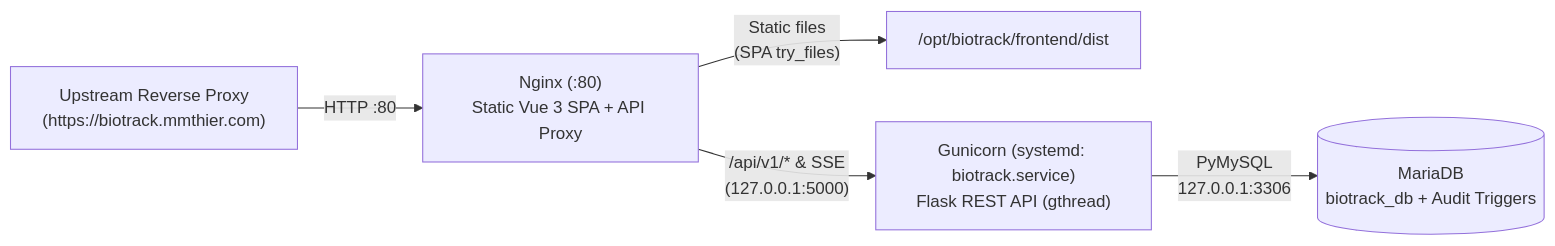
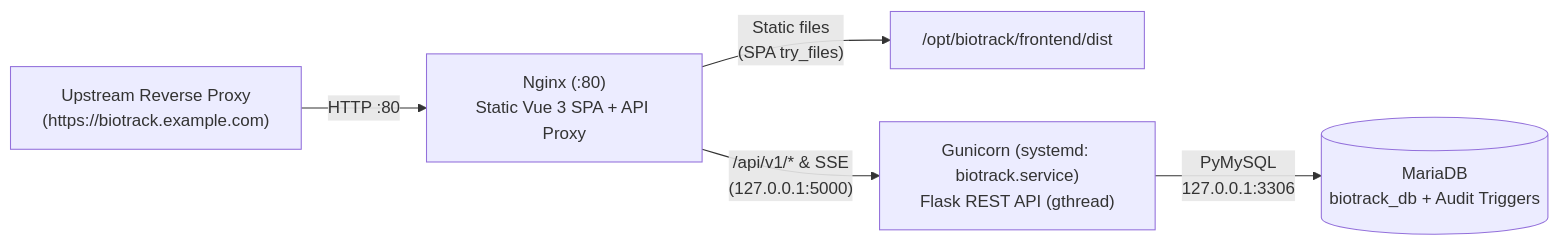
One commit to DeadZombie14/biotrackCMMS changed the diagram in DEPLOYMENT.md. Above: the diagram before and after it, drawn with Mermaid. The commit also changed other lines of this file, not shown here.

````diff
--- a/DEPLOYMENT.md
+++ b/DEPLOYMENT.md
@@ -13,7 +13,7 @@
 ```mermaid
 flowchart LR
-    RP["Upstream Reverse Proxy\n(https://biotrack.mmthier.com)"] -->|"HTTP :80"| NGINX["Nginx (:80)\nStatic Vue 3 SPA + API Proxy"]
+    RP["Upstream Reverse Proxy\n(https://biotrack.example.com)"] -->|"HTTP :80"| NGINX["Nginx (:80)\nStatic Vue 3 SPA + API Proxy"]
     NGINX -->|"Static files\n(SPA try_files)"| DIST["/opt/biotrack/frontend/dist"]
     NGINX -->|"/api/v1/* & SSE\n(127.0.0.1:5000)"| GUN["Gunicorn (systemd: biotrack.service)\nFlask REST API (gthread)"]
     GUN -->|"PyMySQL\n127.0.0.1:3306"| DB[("MariaDB\nbiotrack_db + Audit Triggers")]
 ```
````
